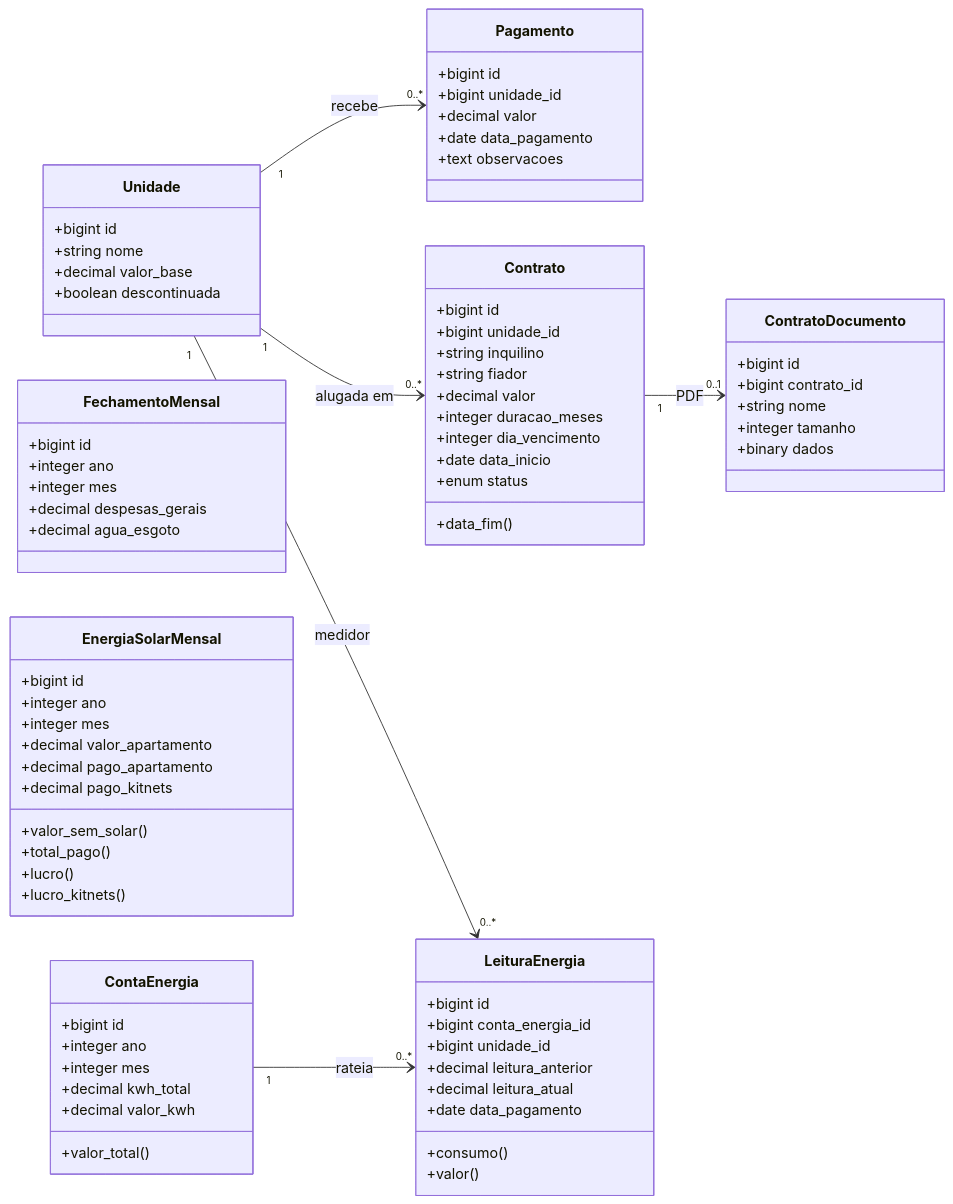
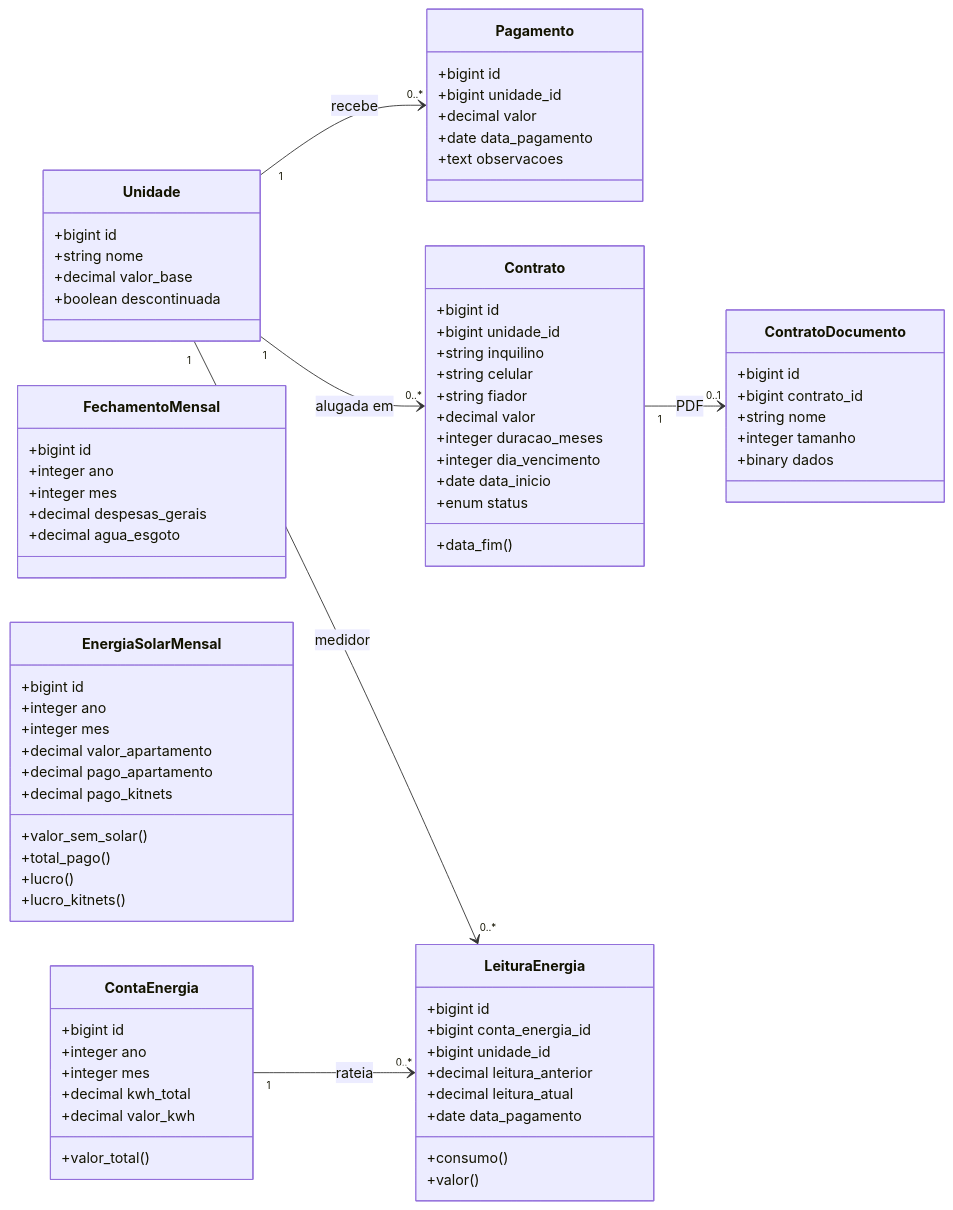
One commit to keandro/kitnet changed the diagram in README.md. Above: the diagram before and after it, drawn with Mermaid. The commit also changed other lines of this file and 12 other files, not shown here.

```diff
--- a/README.md
+++ b/README.md
@@ -60,6 +60,7 @@
         +bigint id
         +bigint unidade_id
         +string inquilino
+        +string celular
         +string fiador
         +decimal valor
         +integer duracao_meses
```
